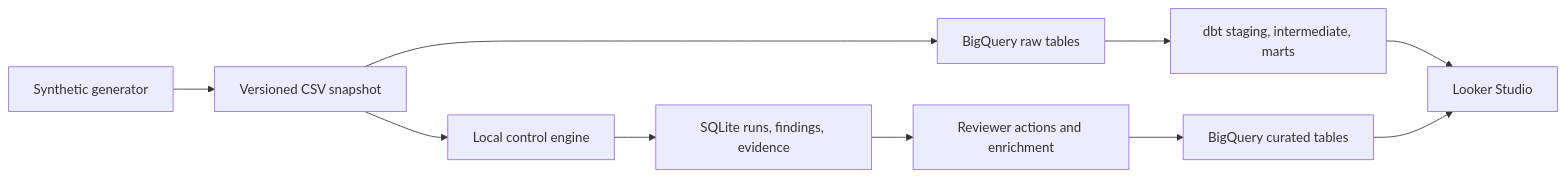
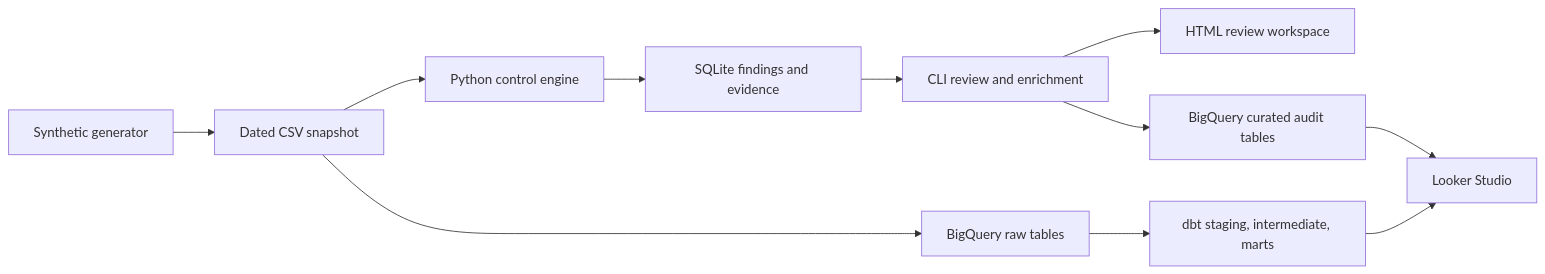
The diagram in README.md (5ham5h33r/controlscope), drawn with Mermaid before and after one commit. The commit also changed other lines of this file and 1 other file, not shown here.

````diff
--- a/README.md
+++ b/README.md
@@ -94,12 +108,13 @@
 ```mermaid
 flowchart LR
-  G[Synthetic generator] --> CSV[Versioned CSV snapshot]
+  G[Synthetic generator] --> CSV[Dated CSV snapshot]
+  CSV --> E[Python control engine]
+  E --> S[SQLite findings and evidence]
+  S --> R[CLI review and enrichment]
+  R --> H[HTML review workspace]
+  R --> P[BigQuery curated audit tables]
   CSV --> BQ[BigQuery raw tables]
   BQ --> DBT[dbt staging, intermediate, marts]
-  CSV --> E[Local control engine]
-  E --> S[SQLite runs, findings, evidence]
-  S --> R[Reviewer actions and enrichment]
-  R --> P[BigQuery curated tables]
   DBT --> L[Looker Studio]
   P --> L
 ```
````
